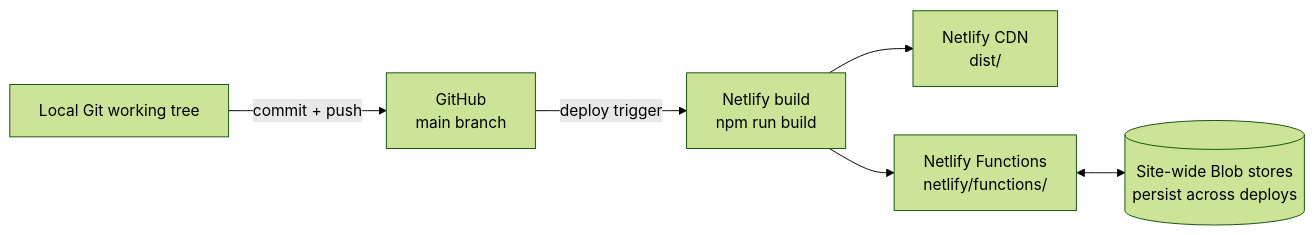
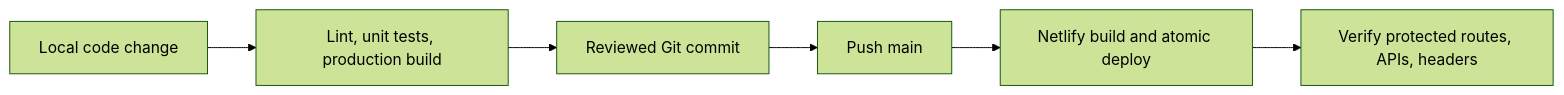
One commit to Priitivi/Portfolio changed the fifth of 5 diagrams in docs/basecamp-architecture.md. Above: the diagram before and after it, drawn with Mermaid (forest theme). The commit also changed other lines of this file and 9 other files, not shown here.

````diff
--- a/docs/basecamp-architecture.md
+++ b/docs/basecamp-architecture.md
@@ -391,15 +532,11 @@
 ```mermaid
 flowchart LR
-    Workstation["Local Git working tree"]
-    GitHub["GitHub<br/>main branch"]
-    Build["Netlify build<br/>npm run build"]
-    CDN["Netlify CDN<br/>dist/"]
-    Functions["Netlify Functions<br/>netlify/functions/"]
-    Stores[("Site-wide Blob stores<br/>persist across deploys")]
+    Change["Local code change"]
+    Checks["Lint, unit tests, production build"]
+    Commit["Reviewed Git commit"]
+    Main["Push main"]
+    Netlify["Netlify build and atomic deploy"]
+    Verify["Verify protected routes, APIs, headers"]
 
-    Workstation -->|commit + push| GitHub
-    GitHub -->|deploy trigger| Build
-    Build --> CDN
-    Build --> Functions
-    Functions <--> Stores
+    Change --> Checks --> Commit --> Main --> Netlify --> Verify
 ```
````
